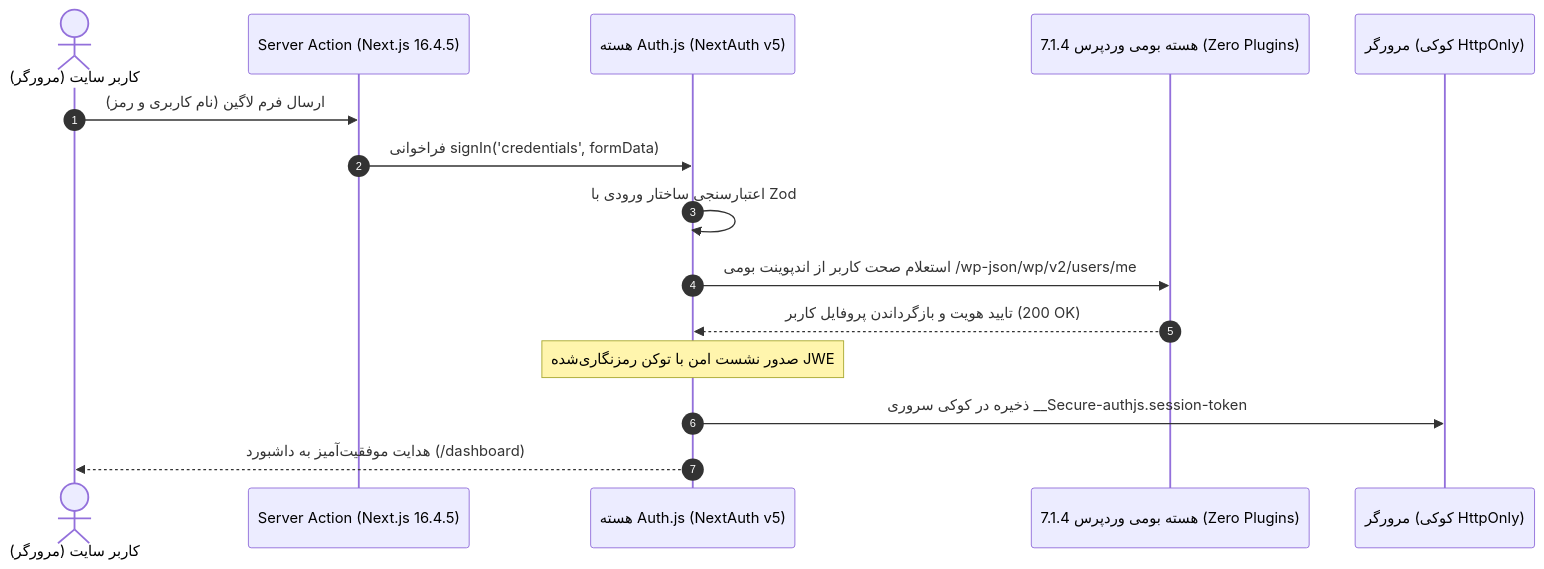
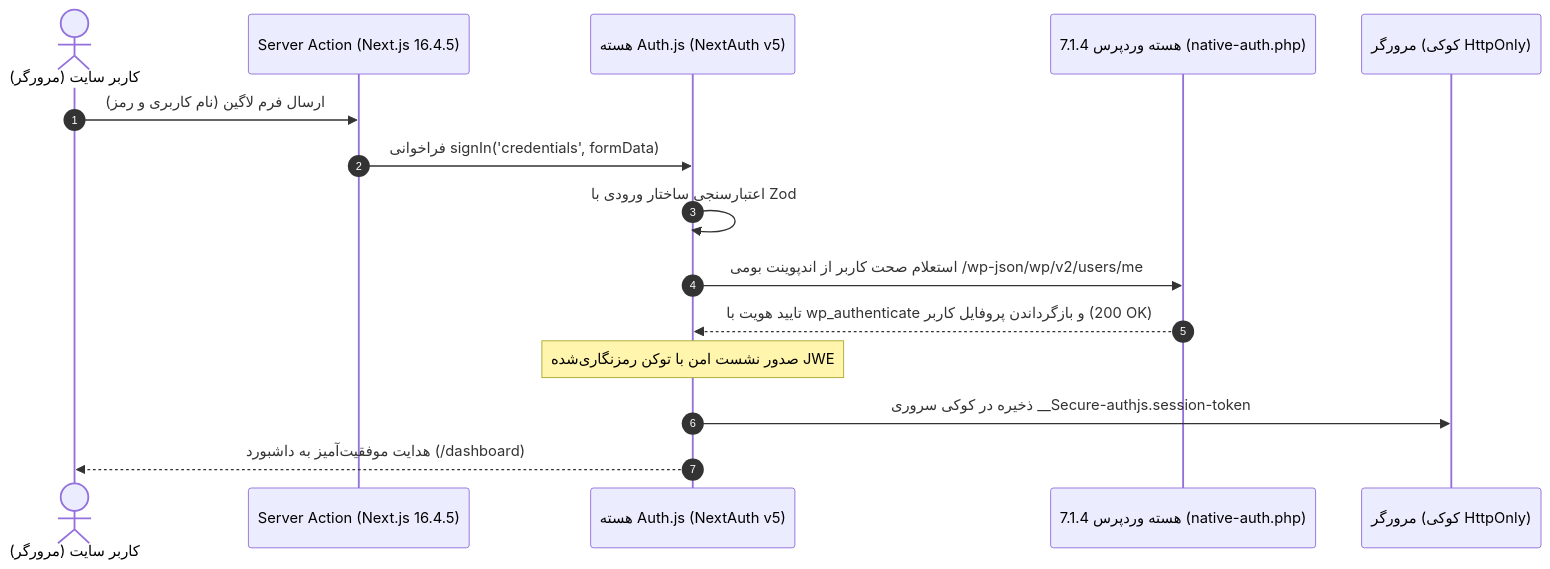
Before and after one commit to herehossein/headlessWP-nextJS: the diagram in book/12-auth-users-server-actions.md, drawn with Mermaid. The commit also changed other lines of this file and 11 other files, not shown here.

First line of the commit message:
fix(book): resolve factual inaccuracies, deprecations, and auth architecture

````diff
--- a/book/12-auth-users-server-actions.md
+++ b/book/12-auth-users-server-actions.md
@@ -16,18 +16,18 @@
 ```mermaid
 sequenceDiagram
     autonumber
     actor User as کاربر سایت (مرورگر)
     participant Action as Server Action (Next.js 16.4.5)
     participant AuthJS as هسته Auth.js (NextAuth v5)
-    participant WP as هسته بومی وردپرس 7.1.4 (Zero Plugins)
+    participant WP as هسته وردپرس 7.1.4 (native-auth.php)
     participant Cookie as مرورگر (کوکی HttpOnly)
 
     User->>Action: ارسال فرم لاگین (نام کاربری و رمز)
     Action->>AuthJS: فراخوانی signIn('credentials', formData)
     AuthJS->>AuthJS: اعتبارسنجی ساختار ورودی با Zod
     AuthJS->>WP: استعلام صحت کاربر از اندپوینت بومی /wp-json/wp/v2/users/me
-    WP-->>AuthJS: تایید هویت و بازگرداندن پروفایل کاربر (200 OK)
+    WP-->>AuthJS: تایید هویت با wp_authenticate و بازگرداندن پروفایل کاربر (200 OK)
     Note over AuthJS: صدور نشست امن با توکن رمزنگاری‌شده JWE
     AuthJS->>Cookie: ذخیره در کوکی سروری __Secure-authjs.session-token
     AuthJS-->>User: هدایت موفقیت‌آمیز به داشبورد (/dashboard)
 ```
````
